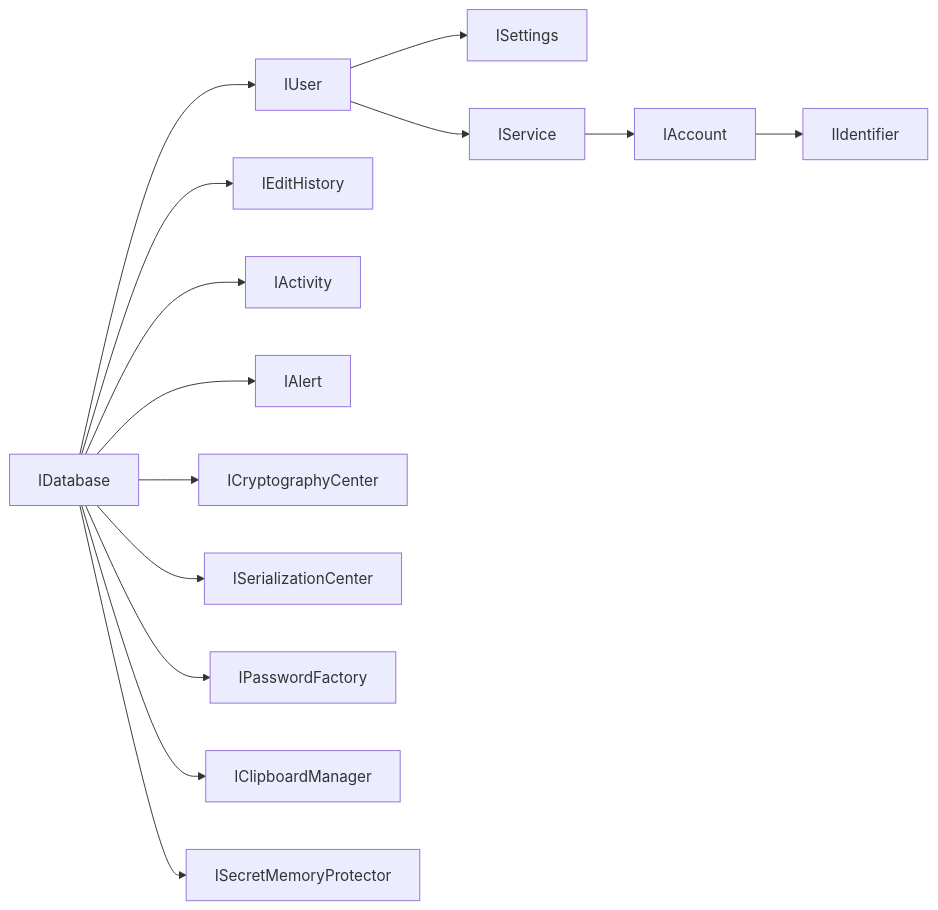
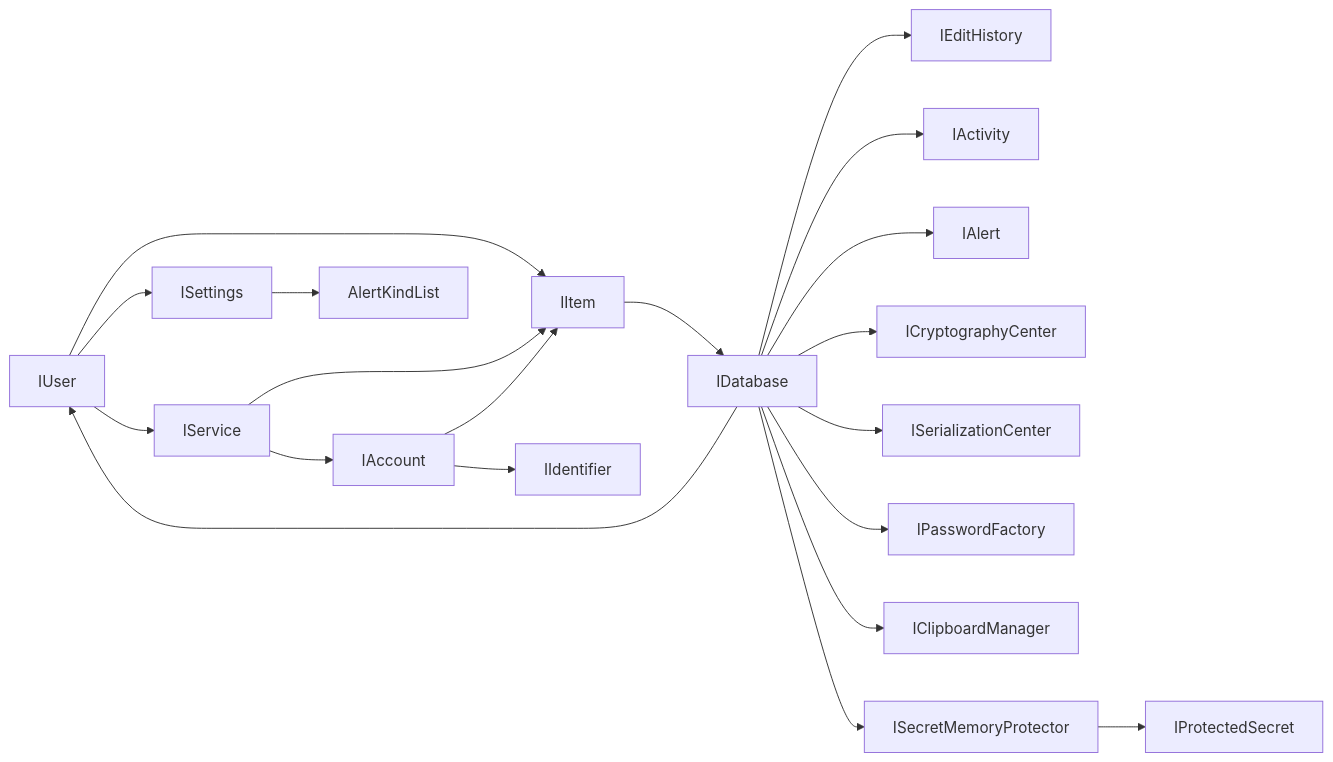
The first of 2 diagrams in Wiki/Architecture.md (YassinLokhat/Upsilon.Apps.Passkey), drawn with Mermaid before and after one commit. The commit also changed other lines of this file and 1 other file, not shown here.

Commit message:
Updating Mermaid diagrams

````diff
--- a/Wiki/Architecture.md
+++ b/Wiki/Architecture.md
@@ -25,16 +25,22 @@
 ```mermaid
 flowchart LR
+  IUser --> IItem
+  IService --> IItem
+  IAccount --> IItem
+  IItem --> IDatabase
   IDatabase --> IUser
   IDatabase --> IEditHistory
   IUser --> ISettings
+  ISettings --> AlertKindList
   IUser --> IService
   IService --> IAccount
   IAccount --> IIdentifier
   IDatabase --> IActivity
   IDatabase --> IAlert
   IDatabase --> ICryptographyCenter
   IDatabase --> ISerializationCenter
   IDatabase --> IPasswordFactory
   IDatabase --> IClipboardManager
   IDatabase --> ISecretMemoryProtector
+  ISecretMemoryProtector --> IProtectedSecret
 ```
````
